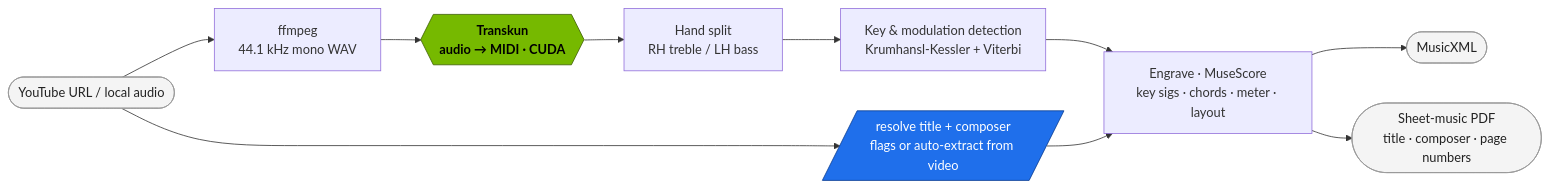
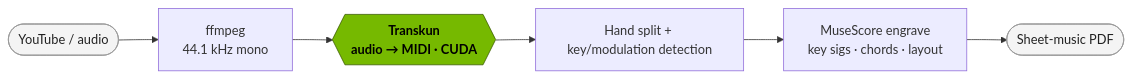
The diagram in README.md (thanhpt1110/piano-2-sheet), drawn with Mermaid before and after one commit. The commit also changed other lines of this file and 1 other file, not shown here.

````diff
--- a/README.md
+++ b/README.md
@@ -51,16 +47,10 @@
 ```mermaid
 flowchart LR
-    A([YouTube URL / local audio]):::io --> M[/"resolve title + composer<br/>flags or auto-extract from video"/]:::meta
-    A --> B[ffmpeg<br/>44.1 kHz mono WAV]
+    A([YouTube / audio]):::io --> B[ffmpeg<br/>44.1 kHz mono]
     B --> C{{Transkun<br/>audio &rarr; MIDI · CUDA}}:::gpu
-    C --> D[Hand split<br/>RH treble / LH bass]
-    D --> E[Key &amp; modulation detection<br/>Krumhansl-Kessler + Viterbi]
-    E --> F[Engrave · MuseScore<br/>key sigs · chords · meter · layout]
-    M --> F
-    F --> G([MusicXML]):::io
-    F --> H([Sheet-music PDF<br/>title · composer · page numbers]):::io
-
+    C --> D[Hand split + key/modulation detection]
+    D --> E[MuseScore engrave<br/>key sigs · chords · layout]
+    E --> F([Sheet-music PDF]):::io
     classDef gpu fill:#76B900,stroke:#3d5e00,color:#000,font-weight:bold;
     classDef io fill:#f4f4f4,stroke:#999,color:#222;
-    classDef meta fill:#1f6feb,stroke:#0b3d91,color:#fff;
 ```
````
